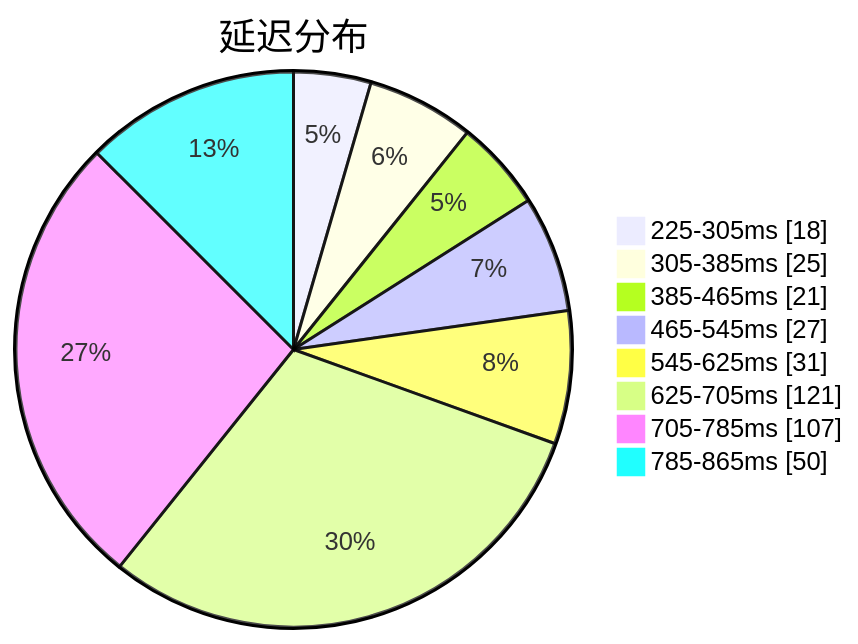
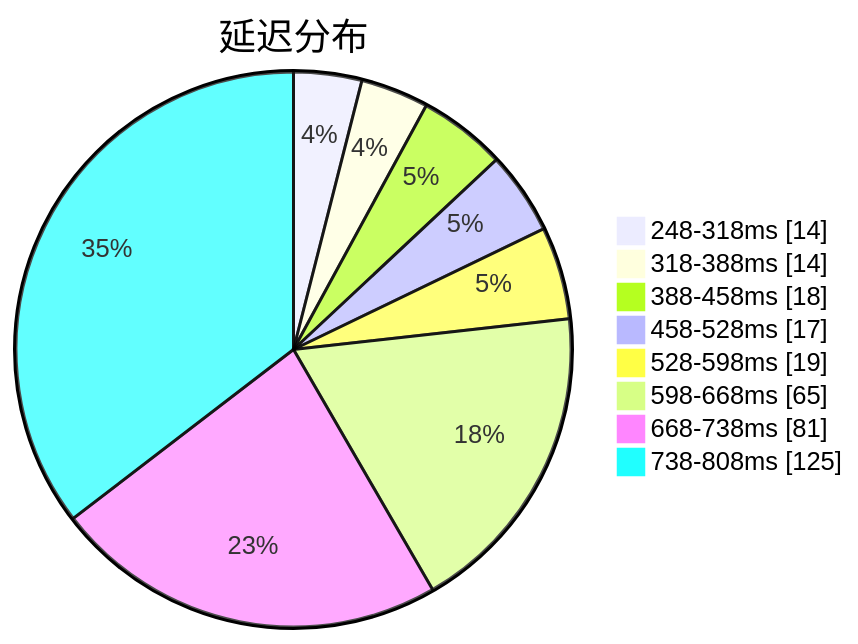
The first of 3 diagrams in subs/statistics/tested_within.md (qjlxg/airport), drawn with Mermaid before and after one commit. The commit also changed other lines of this file and 2 other files, not shown here.

````diff
--- a/subs/statistics/tested_within.md
+++ b/subs/statistics/tested_within.md
@@ -2,12 +2,12 @@
 ```mermaid
 pie showData
 title 延迟分布
-"225-305ms" : 18
-"305-385ms" : 25
-"385-465ms" : 21
-"465-545ms" : 27
-"545-625ms" : 31
-"625-705ms" : 121
-"705-785ms" : 107
-"785-865ms" : 50
+"248-318ms" : 14
+"318-388ms" : 14
+"388-458ms" : 18
+"458-528ms" : 17
+"528-598ms" : 19
+"598-668ms" : 65
+"668-738ms" : 81
+"738-808ms" : 125
 ```
````
